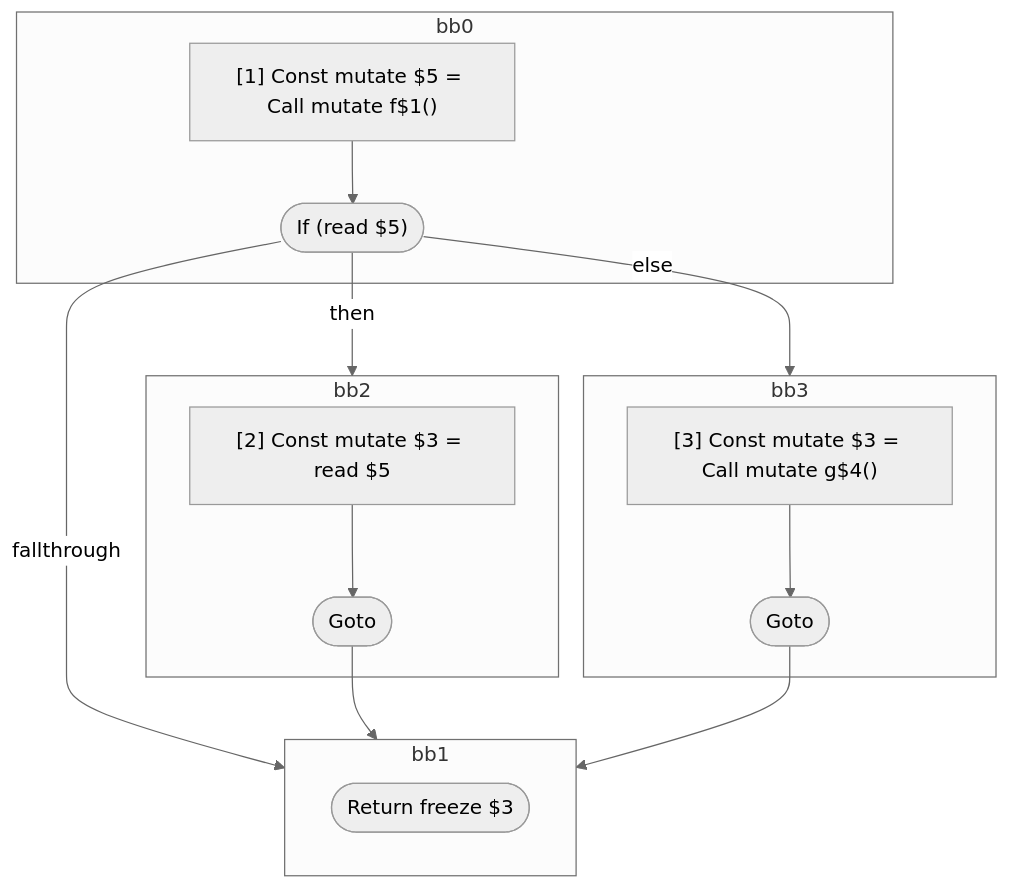
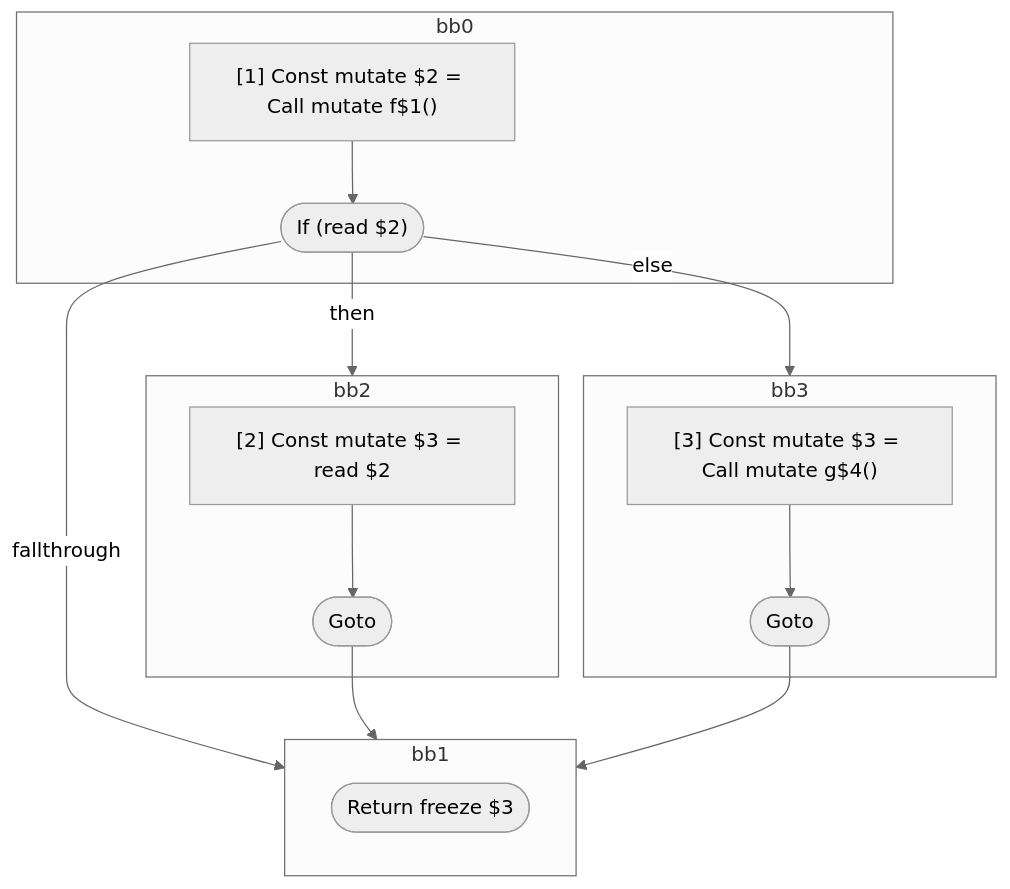
Before and after one commit to wutsmog/private: the second of 5 diagrams in compiler/forget/src/__tests__/fixtures/hir/logical-expression.expect.md, drawn with Mermaid (neutral theme). The commit also changed other lines of this file and 57 other files, not shown here.

````diff
--- a/compiler/forget/src/__tests__/fixtures/hir/logical-expression.expect.md
+++ b/compiler/forget/src/__tests__/fixtures/hir/logical-expression.expect.md
@@ -109,33 +109,33 @@
 ```mermaid
 flowchart TB
   %% Basic Blocks
   subgraph bb0
     bb0_instrs["
-      [1] Const mutate $5 = Call mutate f$1()
+      [1] Const mutate $2 = Call mutate f$1()
     "]
-    bb0_instrs --> bb0_terminal(["If (read $5)"])
+    bb0_instrs --> bb0_terminal(["If (read $2)"])
   end
   subgraph bb2
     bb2_instrs["
-      [2] Const mutate $3 = read $5
+      [2] Const mutate $3 = read $2
     "]
     bb2_instrs --> bb2_terminal(["Goto"])
   end
   subgraph bb3
     bb3_instrs["
       [3] Const mutate $3 = Call mutate g$4()
     "]
     bb3_instrs --> bb3_terminal(["Goto"])
   end
   subgraph bb1
     bb1_terminal(["Return freeze $3"])
   end
 
   %% Jumps
   bb0_terminal -- then --> bb2
   bb0_terminal -- else --> bb3
   bb0_terminal -- fallthrough --> bb1
   bb2_terminal --> bb1
   bb3_terminal --> bb1
 
 ```
````
